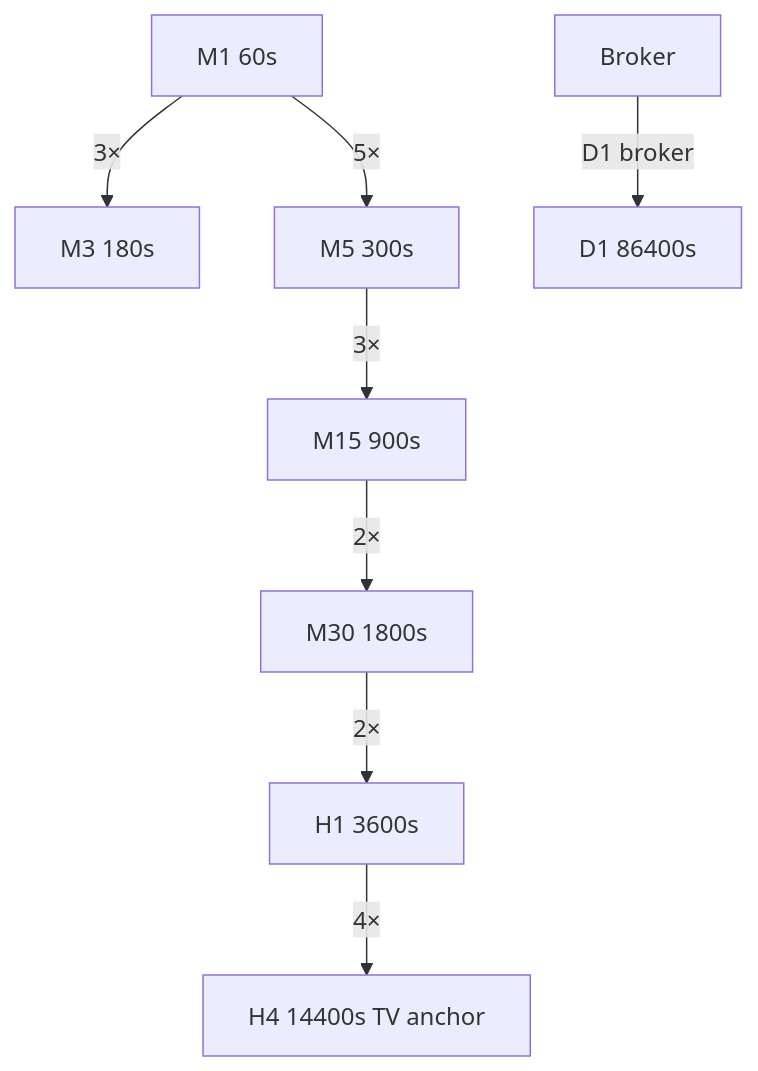
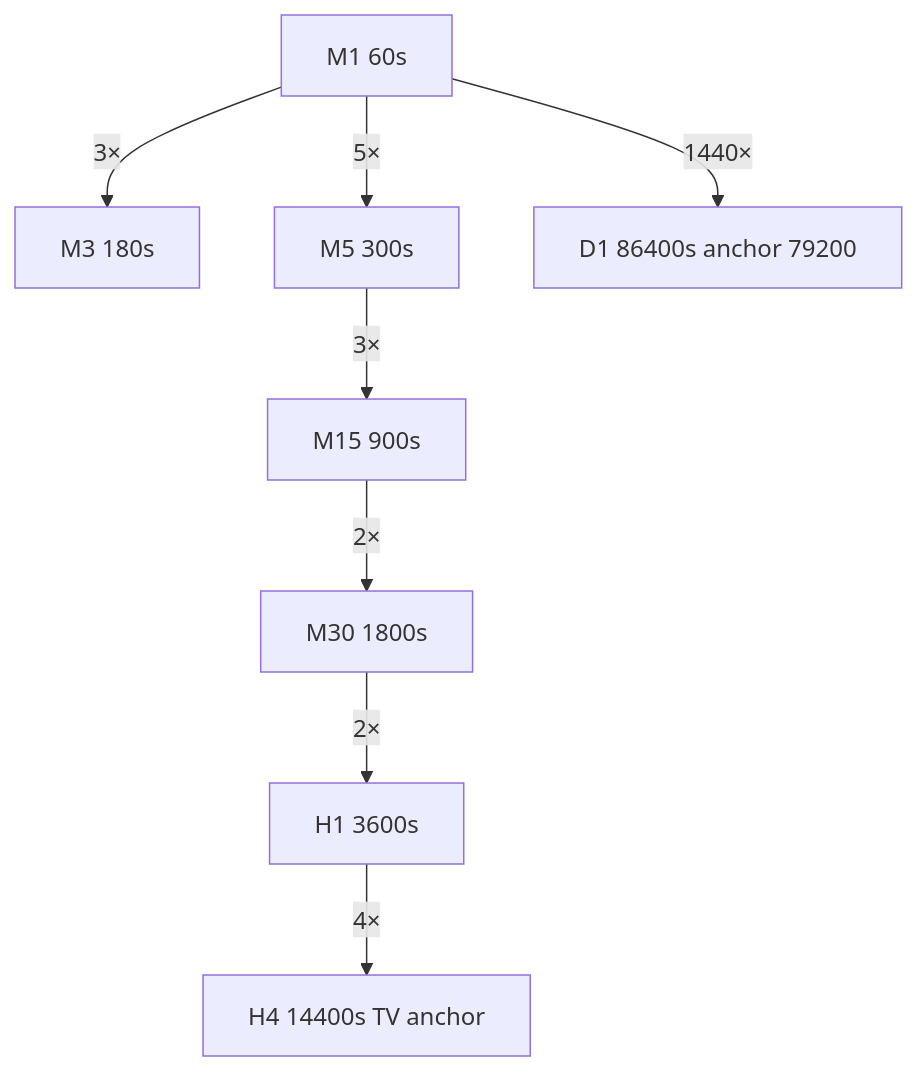
One commit to Std07-1/v3 changed diagram 13 of 13 in docs/system_current_overview.md. Above: the diagram before and after it, drawn with Mermaid. The commit also changed other lines of this file and 47 other files, not shown here.

````diff
--- a/docs/system_current_overview.md
+++ b/docs/system_current_overview.md
@@ -571,10 +572,10 @@
 ```mermaid
 flowchart TD
     M1[M1 60s] -->|3×| M3[M3 180s]
     M1 -->|5×| M5[M5 300s]
+    M1 -->|1440×| D1[D1 86400s anchor 79200]
     M5 -->|3×| M15[M15 900s]
     M15 -->|2×| M30[M30 1800s]
     M30 -->|2×| H1[H1 3600s]
     H1 -->|4×| H4[H4 14400s TV anchor]
-    Broker -->|D1 broker| D1[D1 86400s]
 ```
````
